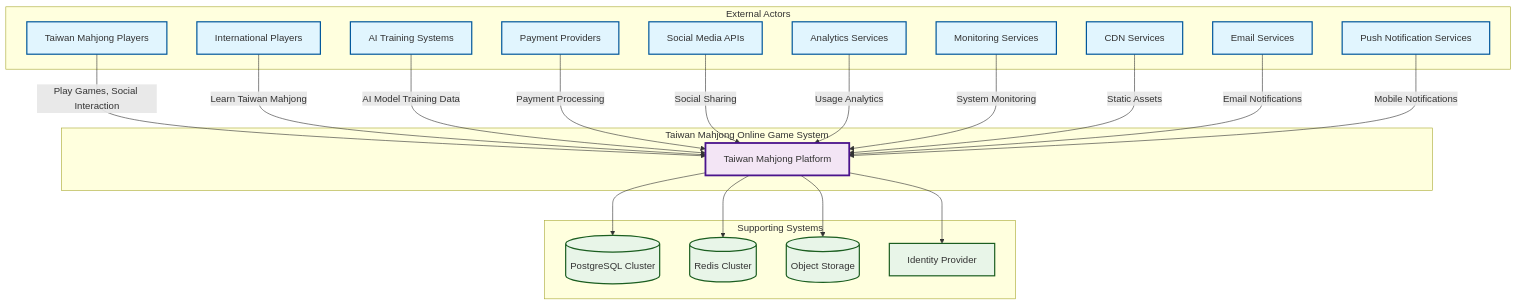
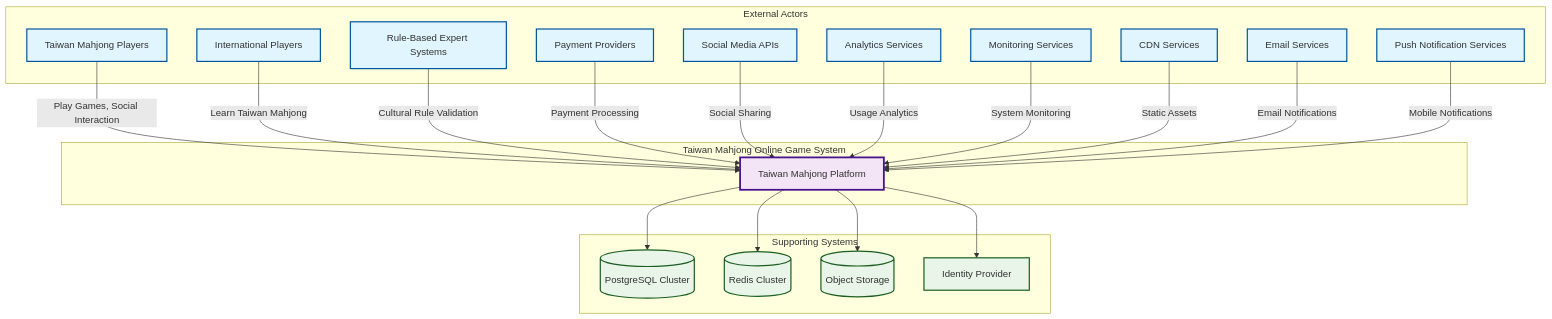
Before and after one commit to cloudaipro/tai_mahjong: the first of 23 diagrams in docs/system-architecture-and-design.md, drawn with Mermaid. The commit also changed other lines of this file and 9 other files, not shown here.

Commit message:
adapt rule-base-expert system

````diff
--- a/docs/system-architecture-and-design.md
+++ b/docs/system-architecture-and-design.md
@@ -74,50 +74,50 @@
 ```mermaid
 graph TB
     subgraph "External Actors"
         P1[Taiwan Mahjong Players]
         P2[International Players]
-        P3[AI Training Systems]
+        P3[Rule-Based Expert Systems]
         P4[Payment Providers]
         P5[Social Media APIs]
         P6[Analytics Services]
         P7[Monitoring Services]
         P8[CDN Services]
         P9[Email Services]
         P10[Push Notification Services]
     end
     
     subgraph "Taiwan Mahjong Online Game System"
         CORE[Taiwan Mahjong Platform]
     end
     
     subgraph "Supporting Systems"
         DB[(PostgreSQL Cluster)]
         CACHE[(Redis Cluster)]
         STORAGE[(Object Storage)]
         AUTH[Identity Provider]
     end
     
     P1 -->|"Play Games, Social Interaction"| CORE
     P2 -->|"Learn Taiwan Mahjong"| CORE
-    P3 -->|"AI Model Training Data"| CORE
+    P3 -->|"Cultural Rule Validation"| CORE
     P4 -->|"Payment Processing"| CORE
     P5 -->|"Social Sharing"| CORE
     P6 -->|"Usage Analytics"| CORE
     P7 -->|"System Monitoring"| CORE
     P8 -->|"Static Assets"| CORE
     P9 -->|"Email Notifications"| CORE
     P10 -->|"Mobile Notifications"| CORE
     
     CORE --> DB
     CORE --> CACHE
     CORE --> STORAGE
     CORE --> AUTH
     
     classDef actor fill:#e1f5fe,stroke:#01579b,stroke-width:2px
     classDef system fill:#f3e5f5,stroke:#4a148c,stroke-width:3px
     classDef support fill:#e8f5e8,stroke:#1b5e20,stroke-width:2px
     
     class P1,P2,P3,P4,P5,P6,P7,P8,P9,P10 actor
     class CORE system
     class DB,CACHE,STORAGE,AUTH support
 ```
````
